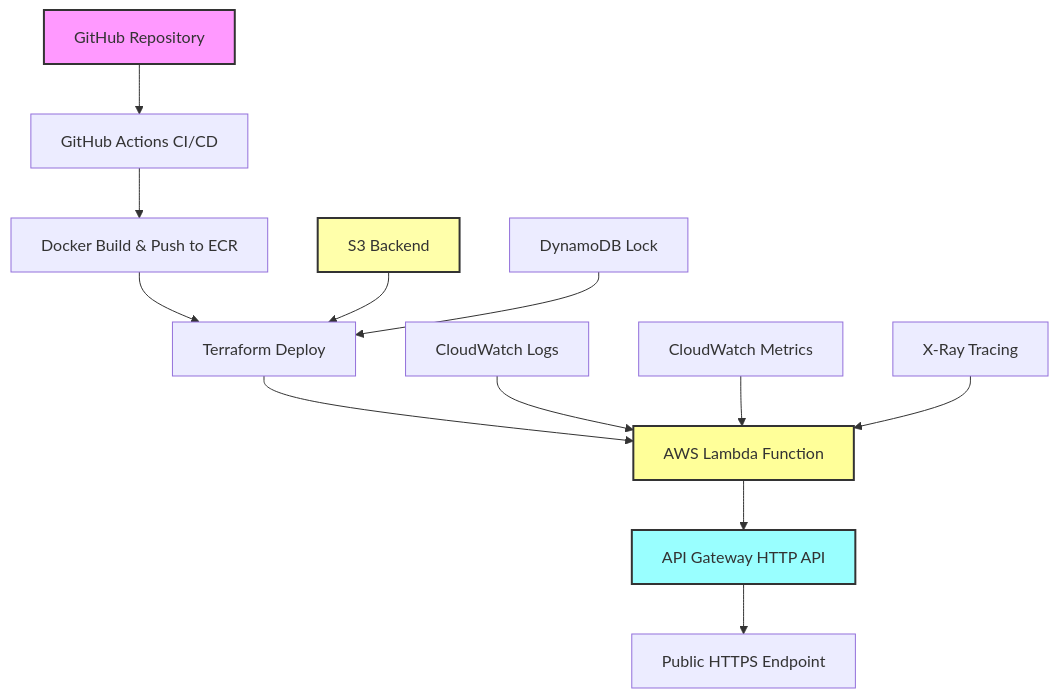
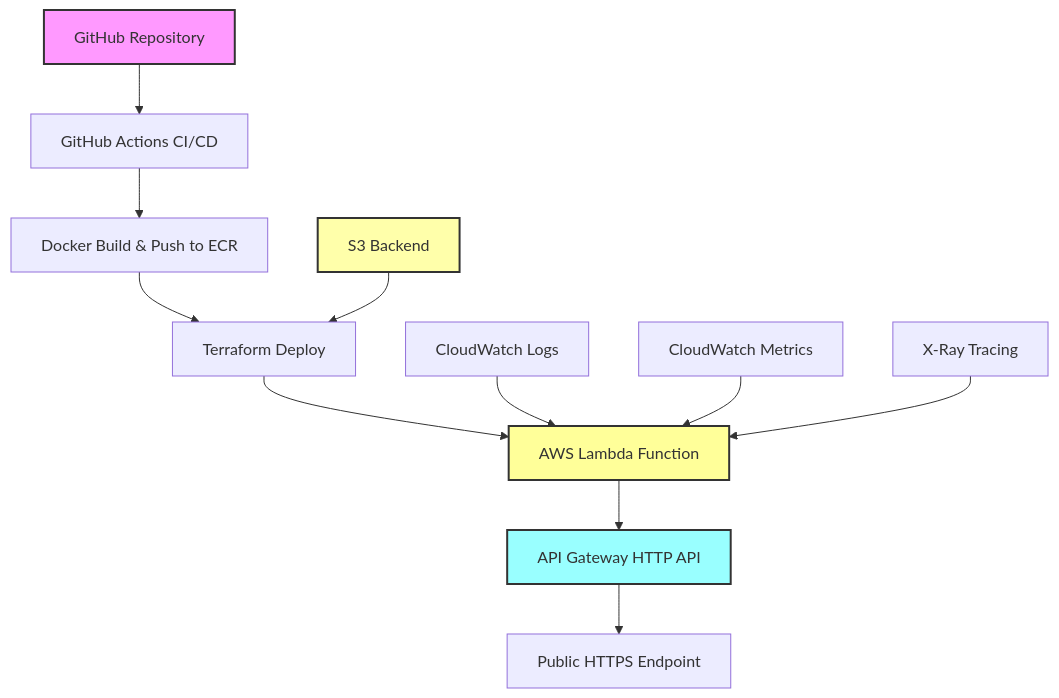
One commit to alisrios/aws-lambda-container-api changed the diagram in README.md. Above: the diagram before and after it, drawn with Mermaid. The commit also changed other lines of this file and 1 other file, not shown here.

````diff
--- a/README.md
+++ b/README.md
@@ -312,20 +369,19 @@
 ```mermaid
 graph TB
     A[GitHub Repository] --> B[GitHub Actions CI/CD]
     B --> C[Docker Build & Push to ECR]
     C --> D[Terraform Deploy]
     D --> E[AWS Lambda Function]
     E --> F[API Gateway HTTP API]
     F --> G[Public HTTPS Endpoint]
     
     H[S3 Backend] --> D
-    I[DynamoDB Lock] --> D
     J[CloudWatch Logs] --> E
     K[CloudWatch Metrics] --> E
     L[X-Ray Tracing] --> E
     
     style A fill:#f9f,stroke:#333,stroke-width:2px
     style E fill:#ff9,stroke:#333,stroke-width:2px
     style F fill:#9ff,stroke:#333,stroke-width:2px
     style H fill:#ffa,stroke:#333,stroke-width:2px
 ```
````
